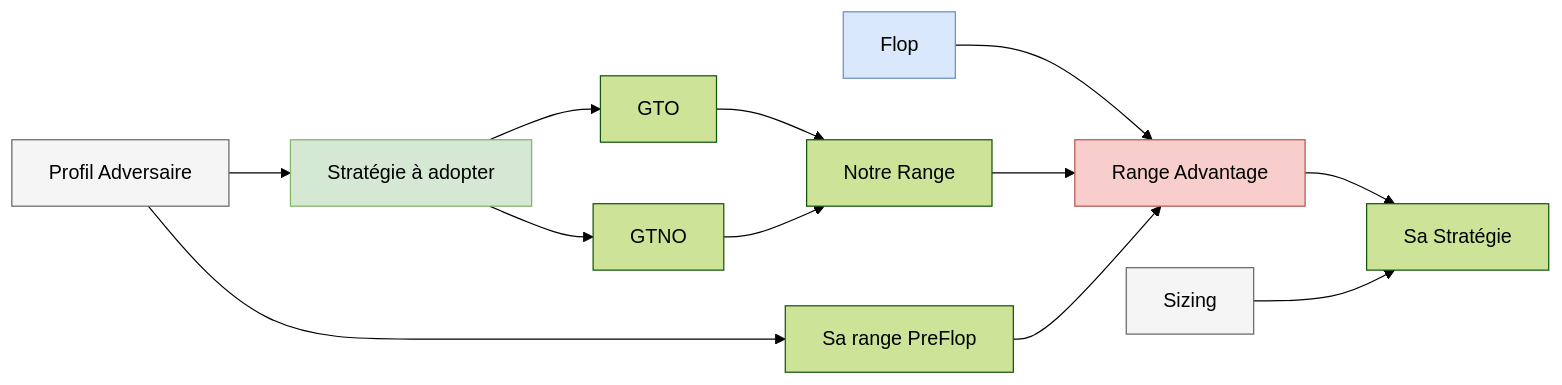
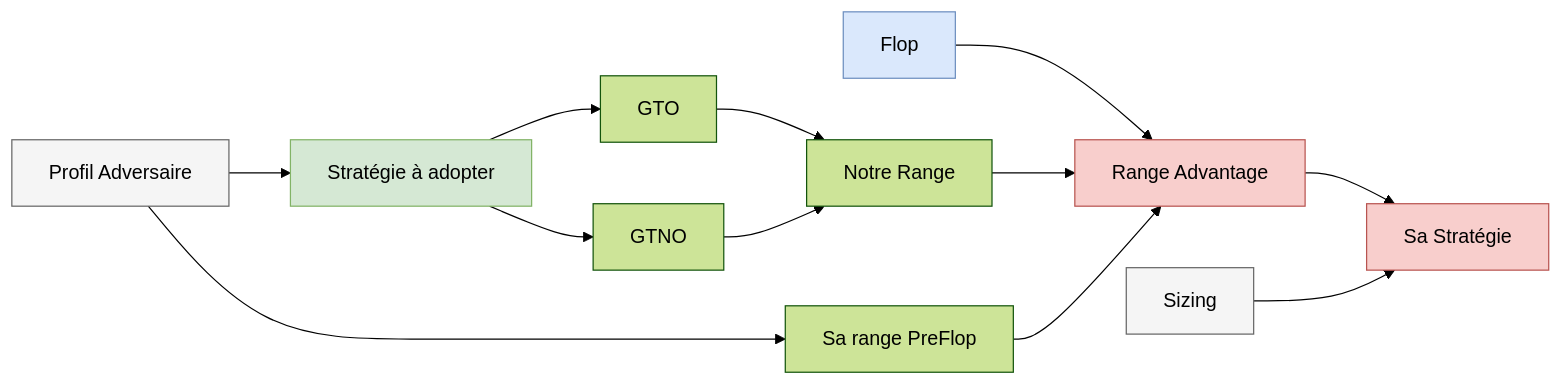
The diagram in _posts/2020-01-23-thinking-process.md (greglejeune/blog), drawn with Mermaid (forest theme) before and after one commit.

```diff
--- a/_posts/2020-01-23-thinking-process.md
+++ b/_posts/2020-01-23-thinking-process.md
@@ -21,19 +21,20 @@
   <div class="mermaid">
     graph LR
       A[Profil Adversaire] --> S[Stratégie à adopter]
       S --> GTO
       S --> GTNO
       GTO --> N[Notre Range]
       GTNO --> N
       A --> R[Sa range PreFlop]
       Flop --> D[Range Advantage]
       N --> D
       R --> D
       D --> C[Sa Stratégie]
       Z[Sizing] --> C
       style A fill:#f5f5f5,stroke:#666666,stroke-width:1px
       style Z fill:#f5f5f5,stroke:#666666,stroke-width:1px
       style D fill:#f8cecc,stroke:#b85450,stroke-width:1px
+      style C fill:#f8cecc,stroke:#b85450,stroke-width:1px
       style S fill:#d5e8d4,stroke:#82b366,stroke-width:1px
       style Flop fill:#dae8fc,stroke:#6c8ebf,stroke-width:1px
   </div>
```
